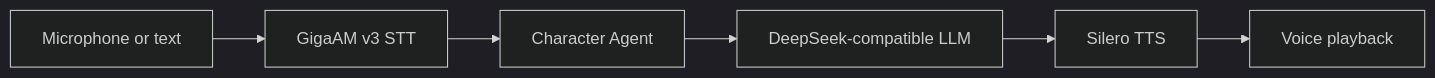
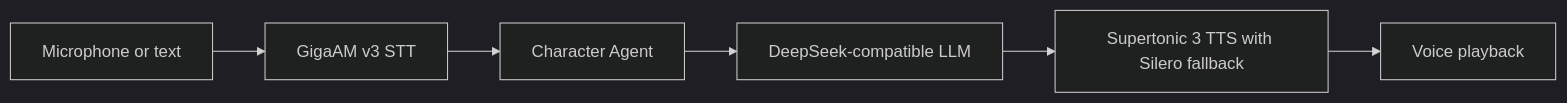
Before and after one commit to bad1and/NeuroAsist: the first of 2 diagrams in README.md, drawn with Mermaid (dark theme). The commit also changed other lines of this file and 19 other files, not shown here.

Commit message:
upd TTS (Supertonic 3) Имеются недочёты

````diff
--- a/README.md
+++ b/README.md
@@ -28,8 +28,8 @@
 ```mermaid
 flowchart LR
     A[Microphone or text] --> B[GigaAM v3 STT]
     B --> C[Character Agent]
     C --> D[DeepSeek-compatible LLM]
-    D --> E[Silero TTS]
+    D --> E[Supertonic 3 TTS with Silero fallback]
     E --> F[Voice playback]
 ```
````
